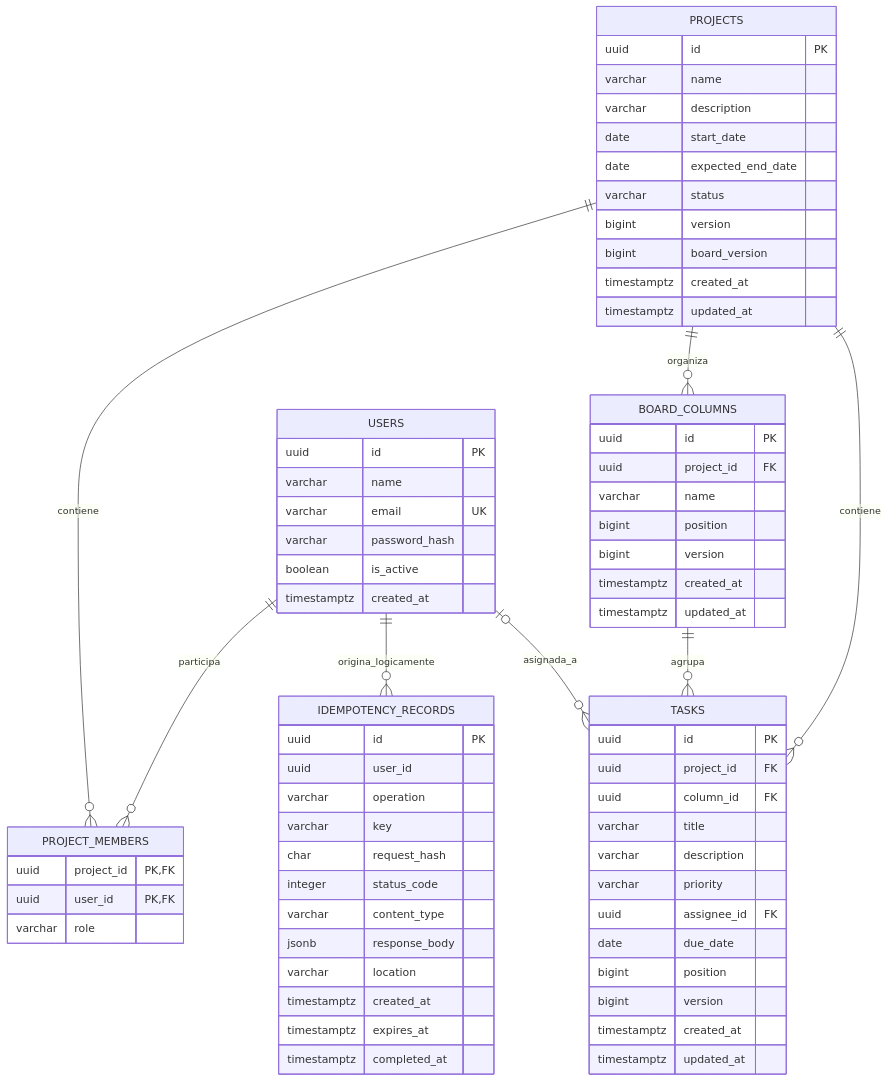
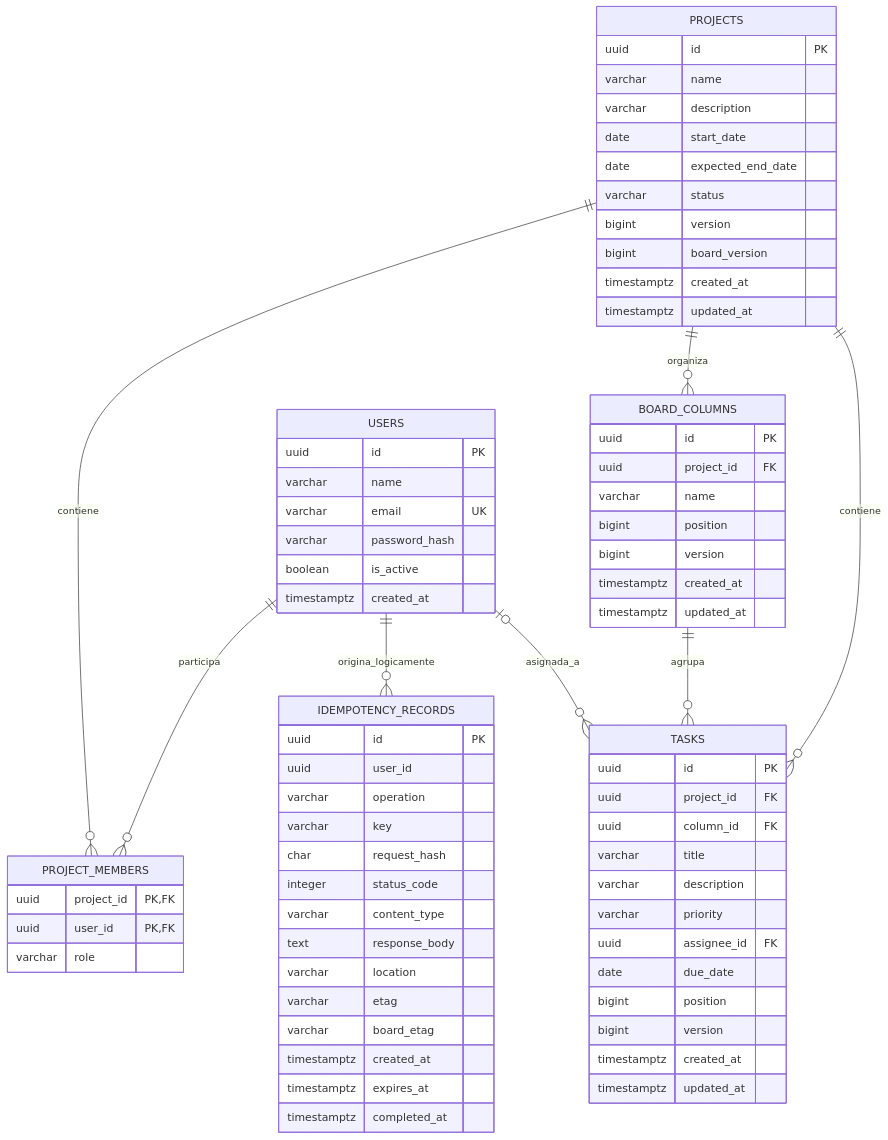
The diagram in docs/data-model.md (DRTX2/scrumboard), drawn with Mermaid before and after one commit. The commit also changed other lines of this file and 3 other files, not shown here.

Commit message:
docs: describe canonical architecture and operations

````diff
--- a/docs/data-model.md
+++ b/docs/data-model.md
@@ -5,78 +5,80 @@
 ```mermaid
 erDiagram
     USERS {
         uuid id PK
         varchar name
         varchar email UK
         varchar password_hash
         boolean is_active
         timestamptz created_at
     }
 
     PROJECTS {
         uuid id PK
         varchar name
         varchar description
         date start_date
         date expected_end_date
         varchar status
         bigint version
         bigint board_version
         timestamptz created_at
         timestamptz updated_at
     }
 
     PROJECT_MEMBERS {
         uuid project_id PK,FK
         uuid user_id PK,FK
         varchar role
     }
 
     BOARD_COLUMNS {
         uuid id PK
         uuid project_id FK
         varchar name
         bigint position
         bigint version
         timestamptz created_at
         timestamptz updated_at
     }
 
     TASKS {
         uuid id PK
         uuid project_id FK
         uuid column_id FK
         varchar title
         varchar description
         varchar priority
         uuid assignee_id FK
         date due_date
         bigint position
         bigint version
         timestamptz created_at
         timestamptz updated_at
     }
 
     IDEMPOTENCY_RECORDS {
         uuid id PK
         uuid user_id
         varchar operation
         varchar key
         char request_hash
         integer status_code
         varchar content_type
-        jsonb response_body
+        text response_body
         varchar location
+        varchar etag
+        varchar board_etag
         timestamptz created_at
         timestamptz expires_at
         timestamptz completed_at
     }
 
     USERS ||--o{ PROJECT_MEMBERS : participa
     PROJECTS ||--o{ PROJECT_MEMBERS : contiene
     PROJECTS ||--o{ BOARD_COLUMNS : organiza
     PROJECTS ||--o{ TASKS : contiene
     BOARD_COLUMNS ||--o{ TASKS : agrupa
     USERS o|--o{ TASKS : asignada_a
     USERS ||--o{ IDEMPOTENCY_RECORDS : origina_logicamente
 ```
````
